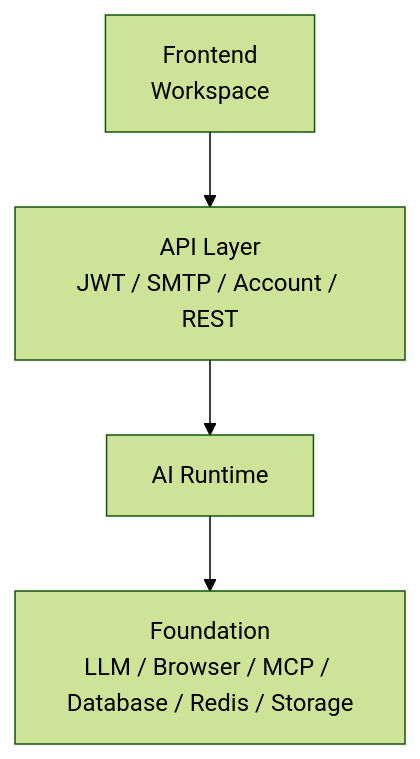
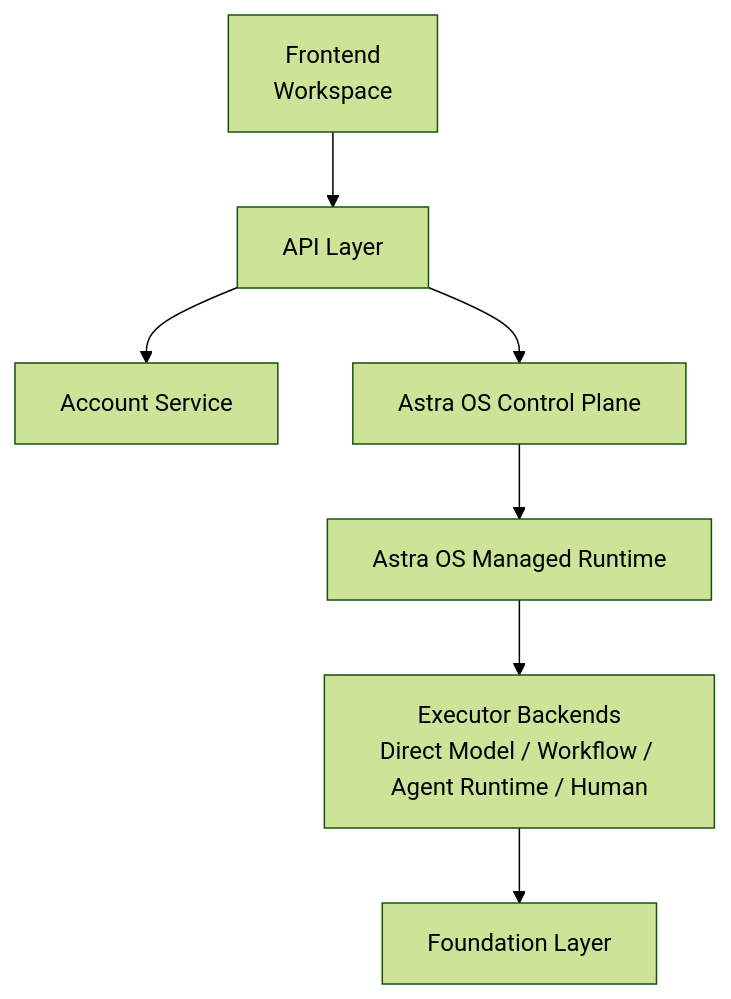
The diagram in docs/Chinese/mvp/RUNTIME_REMEDIATION_SPEC.md (suberking0212/Astra-OS), drawn with Mermaid (forest theme) before and after one commit. The commit also changed other lines of this file and 28 other files, not shown here.

````diff
--- a/docs/Chinese/mvp/RUNTIME_REMEDIATION_SPEC.md
+++ b/docs/Chinese/mvp/RUNTIME_REMEDIATION_SPEC.md
@@ -28,6 +107,9 @@
 ```mermaid
 flowchart TD
-  FE[Frontend<br/>Workspace] --> API[API Layer<br/>JWT / SMTP / Account / REST]
-  API --> RT[AI Runtime]
-  RT --> FD[Foundation<br/>LLM / Browser / MCP / Database / Redis / Storage]
+  FE[Frontend<br/>Workspace] --> API[API Layer]
+  API --> ACCT[Account Service]
+  API --> CP[Astra OS Control Plane]
+  CP --> MR[Astra OS Managed Runtime]
+  MR --> EB[Executor Backends<br/>Direct Model / Workflow / Agent Runtime / Human]
+  EB --> FD[Foundation Layer]
 ```
````
